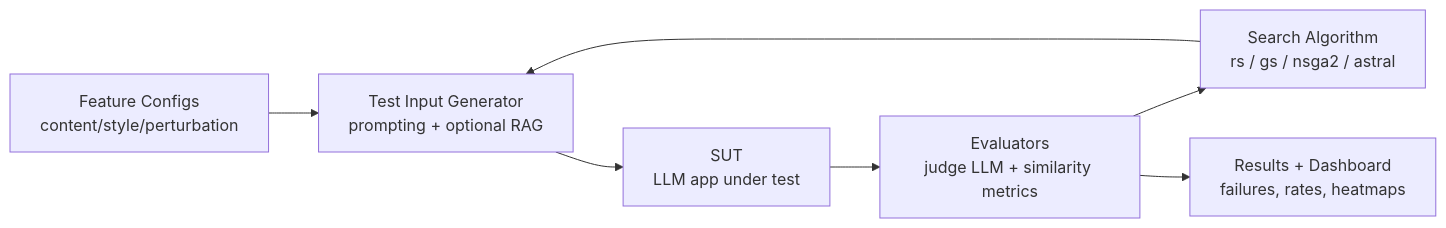
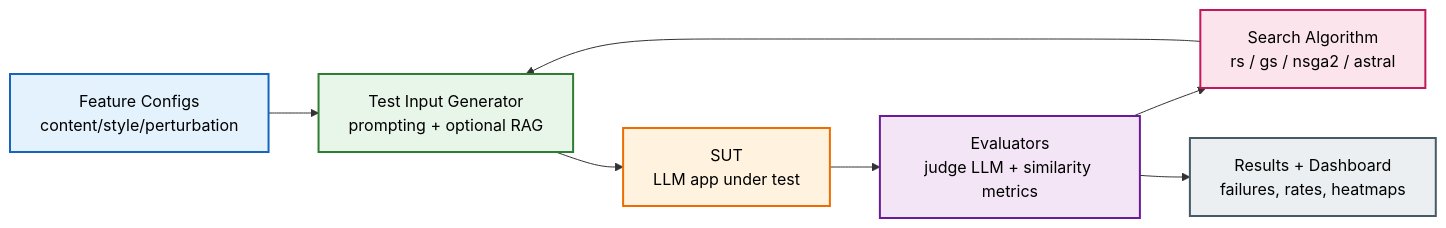
One commit to ast-fortiss-tum/STELLAR changed the diagram in README.md. Above: the diagram before and after it, drawn with Mermaid. The commit also changed other lines of this file, not shown here.

````diff
--- a/README.md
+++ b/README.md
@@ -35,9 +35,23 @@
 ```mermaid
 flowchart LR
-    A[Feature Configs\ncontent/style/perturbation] --> B[Test Input Generator\nprompting + optional RAG]
-    B --> C[SUT\nLLM app under test]
-    C --> D[Evaluators\njudge LLM + similarity metrics]
-    D --> E[Search Algorithm\nrs / gs / nsga2 / astral]
+    A[Feature Configs<br/>content/style/perturbation] --> B[Test Input Generator<br/>prompting + optional RAG]
+    B --> C[SUT<br/>LLM app under test]
+    C --> D[Evaluators<br/>judge LLM + similarity metrics]
+    D --> E[Search Algorithm<br/>rs / gs / nsga2 / astral]
     E --> B
-    D --> F[Results + Dashboard\nfailures, rates, heatmaps]
+    D --> F[Results + Dashboard<br/>failures, rates, heatmaps]
+
+    classDef config fill:#E3F2FD,stroke:#1565C0,stroke-width:2px,color:#000;
+    classDef generator fill:#E8F5E9,stroke:#2E7D32,stroke-width:2px,color:#000;
+    classDef sut fill:#FFF3E0,stroke:#EF6C00,stroke-width:2px,color:#000;
+    classDef eval fill:#F3E5F5,stroke:#6A1B9A,stroke-width:2px,color:#000;
+    classDef search fill:#FCE4EC,stroke:#C2185B,stroke-width:2px,color:#000;
+    classDef results fill:#ECEFF1,stroke:#455A64,stroke-width:2px,color:#000;
+
+    class A config;
+    class B generator;
+    class C sut;
+    class D eval;
+    class E search;
+    class F results;
 ```
````
